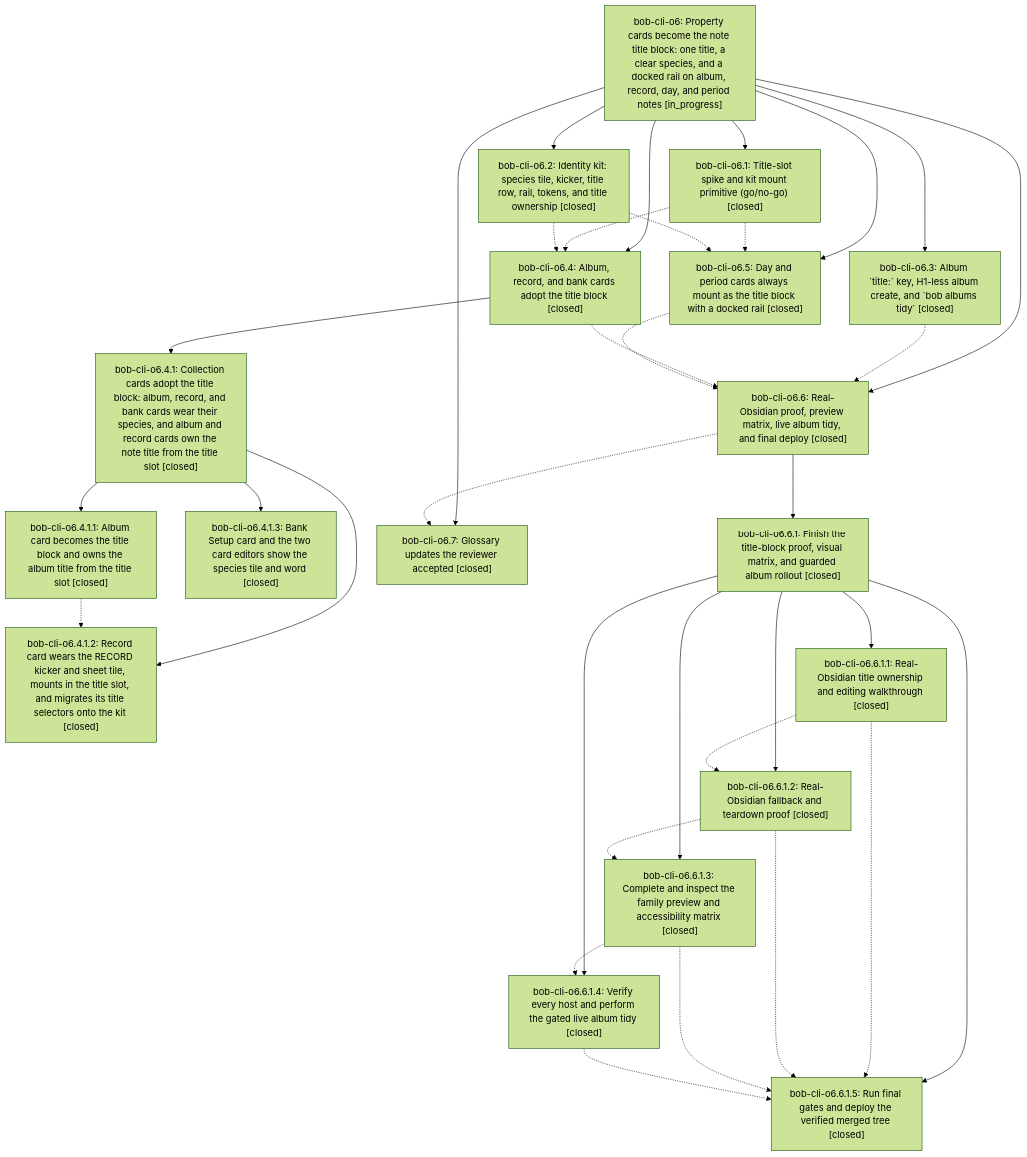
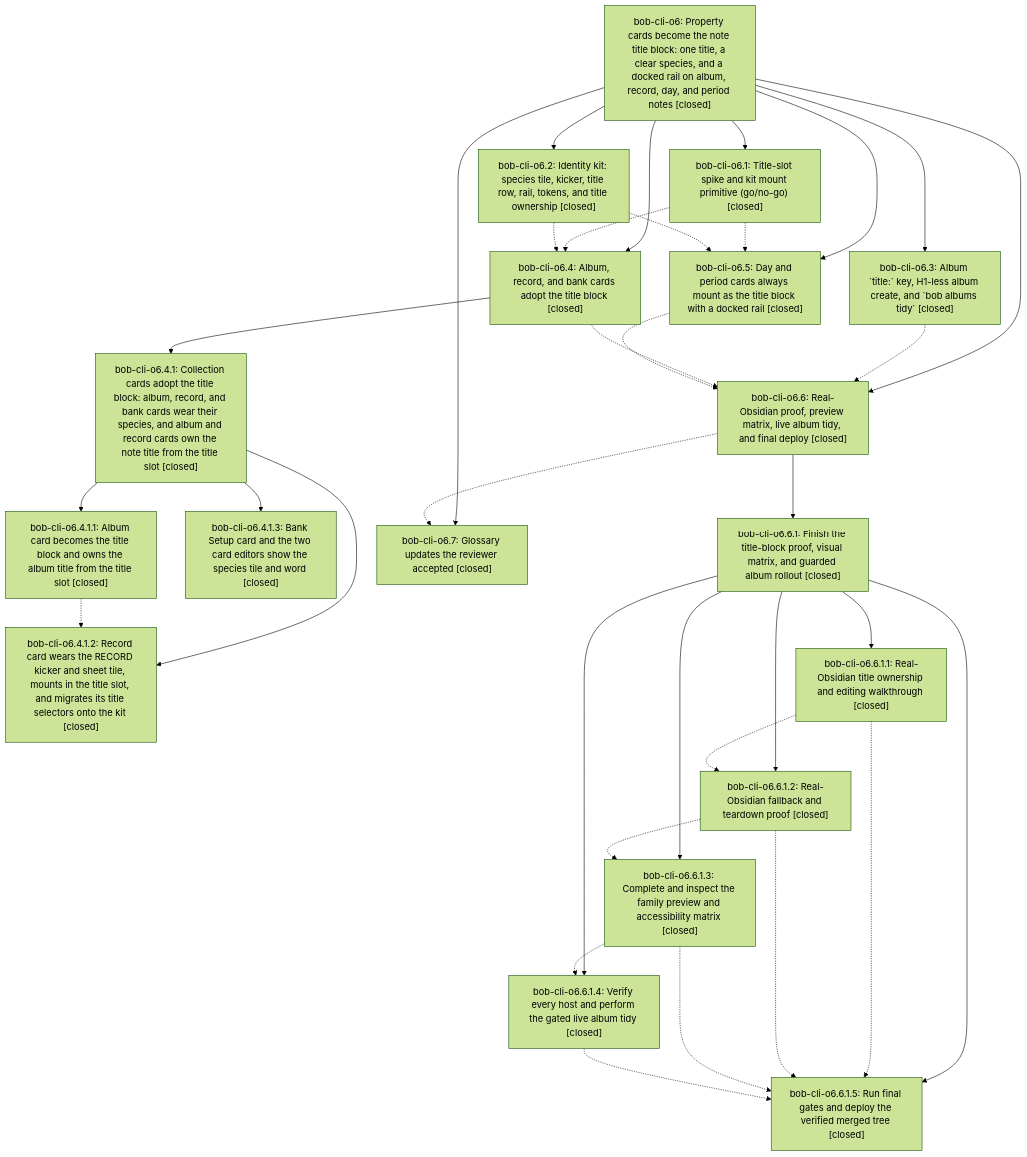
One commit to bobs-org/bob-cli--beads changed the diagram in pages/bob-cli-o6/README.md. Above: the diagram before and after it, drawn with Mermaid (forest theme). The commit also changed other lines of this file and 3 other files, not shown here.

First line of the commit message:
chore(beads): sync bead state and pages for bob-cli-o6

````diff
--- a/pages/bob-cli-o6/README.md
+++ b/pages/bob-cli-o6/README.md
@@ -54,54 +78,54 @@
 ```mermaid
 flowchart TD
-    n0["bob-cli-o6: Property cards become the note title block: one title, a clear species, and a docked rail on album, record, day, and period notes [in_progress]"]
+    n0["bob-cli-o6: Property cards become the note title block: one title, a clear species, and a docked rail on album, record, day, and period notes [closed]"]
     n1["bob-cli-o6.1: Title-slot spike and kit mount primitive (go/no-go) [closed]"]
     n2["bob-cli-o6.2: Identity kit: species tile, kicker, title row, rail, tokens, and title ownership [closed]"]
     n3["bob-cli-o6.3: Album `title:` key, H1-less album create, and `bob albums tidy` [closed]"]
     n4["bob-cli-o6.4: Album, record, and bank cards adopt the title block [closed]"]
     n5["bob-cli-o6.4.1: Collection cards adopt the title block: album, record, and bank cards wear their species, and album and record cards own the note title from the title slot [closed]"]
     n6["bob-cli-o6.4.1.1: Album card becomes the title block and owns the album title from the title slot [closed]"]
     n7["bob-cli-o6.4.1.2: Record card wears the RECORD kicker and sheet tile, mounts in the title slot, and migrates its title selectors onto the kit [closed]"]
     n8["bob-cli-o6.4.1.3: Bank Setup card and the two card editors show the species tile and word [closed]"]
     n9["bob-cli-o6.5: Day and period cards always mount as the title block with a docked rail [closed]"]
     n10["bob-cli-o6.6: Real-Obsidian proof, preview matrix, live album tidy, and final deploy [closed]"]
     n11["bob-cli-o6.6.1: Finish the title-block proof, visual matrix, and guarded album rollout [closed]"]
     n12["bob-cli-o6.6.1.1: Real-Obsidian title ownership and editing walkthrough [closed]"]
     n13["bob-cli-o6.6.1.2: Real-Obsidian fallback and teardown proof [closed]"]
     n14["bob-cli-o6.6.1.3: Complete and inspect the family preview and accessibility matrix [closed]"]
     n15["bob-cli-o6.6.1.4: Verify every host and perform the gated live album tidy [closed]"]
     n16["bob-cli-o6.6.1.5: Run final gates and deploy the verified merged tree [closed]"]
     n17["bob-cli-o6.7: Glossary updates the reviewer accepted [closed]"]
     n0 --> n1
     n0 --> n2
     n0 --> n3
     n0 --> n4
     n4 --> n5
     n5 --> n6
     n5 --> n7
     n5 --> n8
     n0 --> n9
     n0 --> n10
     n10 --> n11
     n11 --> n12
     n11 --> n13
     n11 --> n14
     n11 --> n15
     n11 --> n16
     n0 --> n17
     n1 -.-> n4
     n1 -.-> n9
     n2 -.-> n4
     n2 -.-> n9
     n3 -.-> n10
     n4 -.-> n10
     n6 -.-> n7
     n9 -.-> n10
     n10 -.-> n17
     n12 -.-> n13
     n12 -.-> n16
     n13 -.-> n14
     n13 -.-> n16
     n14 -.-> n15
     n14 -.-> n16
     n15 -.-> n16
 ```
````
